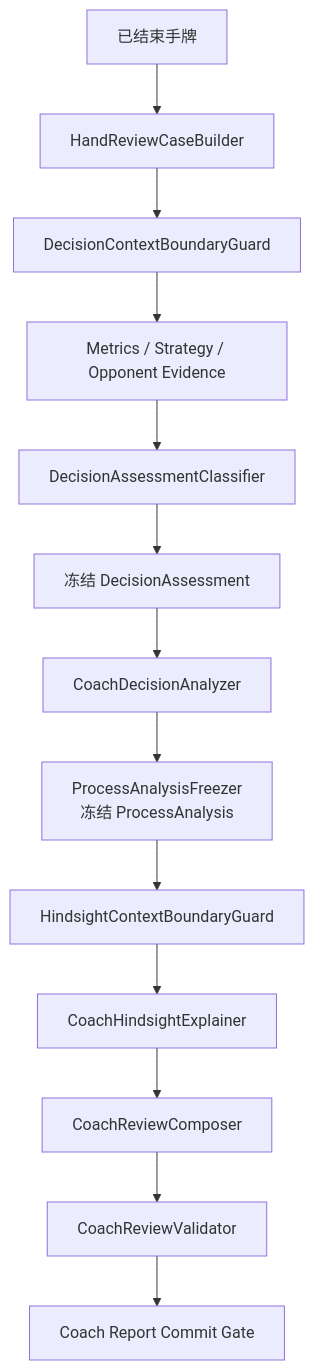
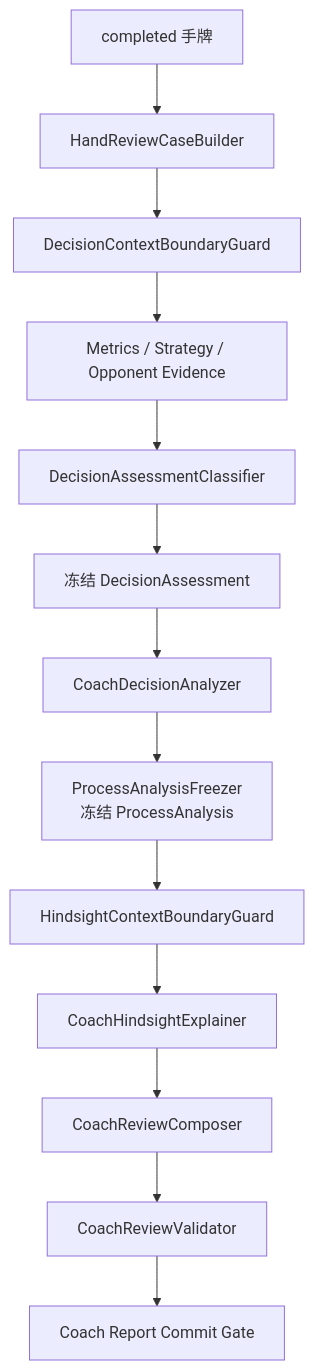
Before and after one commit to PANYUXIN6/TX-holdem-coach: the third of 3 diagrams in docs/superpowers/specs/2026-07-26-agent-foundation-runtime-architecture.md, drawn with Mermaid. The commit also changed other lines of this file and 7 other files, not shown here.

````diff
--- a/docs/superpowers/specs/2026-07-26-agent-foundation-runtime-architecture.md
+++ b/docs/superpowers/specs/2026-07-26-agent-foundation-runtime-architecture.md
@@ -336,15 +341,15 @@
 ```mermaid
 flowchart TD
-    H["已结束手牌"] --> C["HandReviewCaseBuilder"]
+    H["completed 手牌"] --> C["HandReviewCaseBuilder"]
     C --> DFG["DecisionContextBoundaryGuard"]
     DFG --> E["Metrics / Strategy / Opponent Evidence"]
     E --> A["DecisionAssessmentClassifier"]
     A --> FA["冻结 DecisionAssessment"]
     FA --> DA["CoachDecisionAnalyzer"]
     DA --> FP["ProcessAnalysisFreezer<br/>冻结 ProcessAnalysis"]
     FP --> HFG["HindsightContextBoundaryGuard"]
     HFG --> HE["CoachHindsightExplainer"]
     HE --> CO["CoachReviewComposer"]
     CO --> VA["CoachReviewValidator"]
     VA --> CG["Coach Report Commit Gate"]
 ```
````
